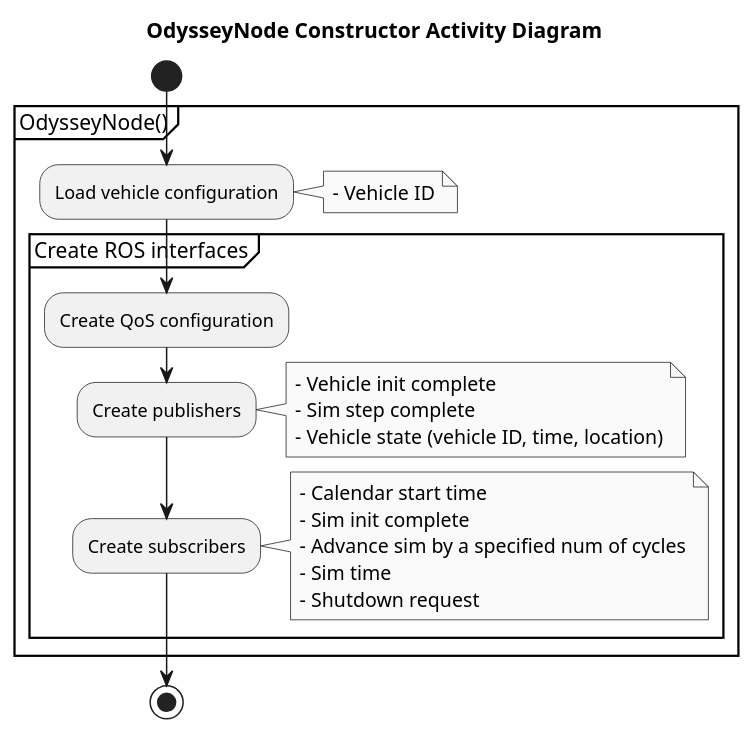
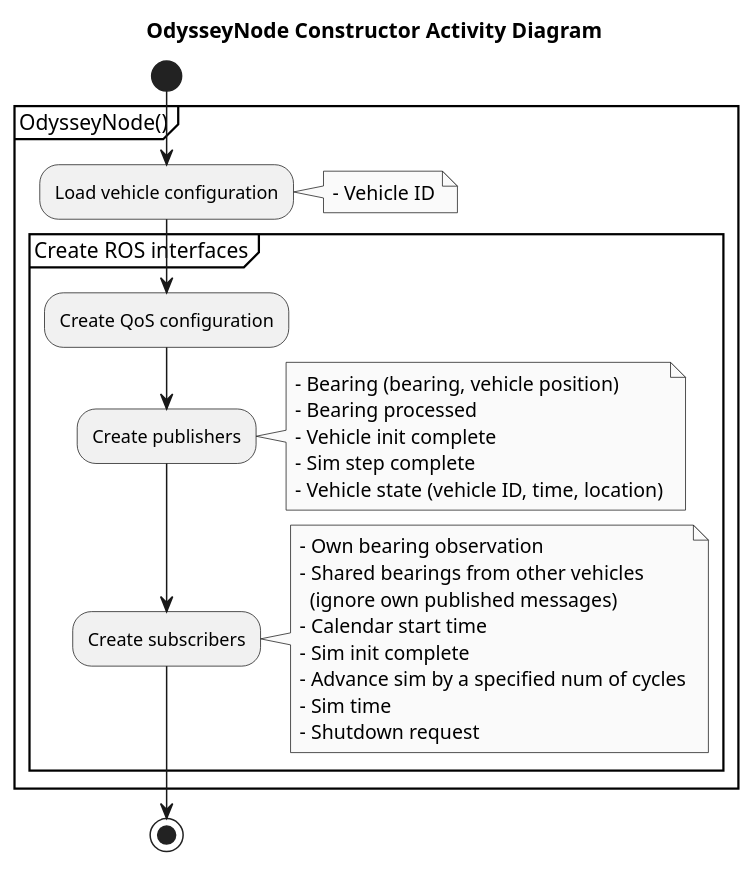
One commit to Tebcherani/MANTA changed the diagram in components/manta_odyssey/docs/odyssey_init.puml. Above: the diagram before and after it, drawn with PlantUML. The commit also changed 6 other files, not shown here.

```diff
--- a/components/manta_odyssey/docs/odyssey_init.puml
+++ b/components/manta_odyssey/docs/odyssey_init.puml
@@ -1,39 +1,44 @@
 @startuml
 title OdysseyNode Constructor Activity Diagram
 
 skinparam monochrome true
 skinparam shadowing false
 skinparam svgLinkTarget _self
 
 start
 
 partition "OdysseyNode()" {
     :Load vehicle configuration;
     note right
         - Vehicle ID
     end note
 
     partition "Create ROS interfaces" {
         :Create QoS configuration;
 
         :Create publishers;
         note right
+            - Bearing (bearing, vehicle position)
+            - Bearing processed
             - Vehicle init complete
             - Sim step complete
             - Vehicle state (vehicle ID, time, location)
         end note
 
         :Create subscribers;
         note right
+            - Own bearing observation
+            - Shared bearings from other vehicles
+              (ignore own published messages)
             - Calendar start time
             - Sim init complete
             - Advance sim by a specified num of cycles
             - Sim time
             - Shutdown request
         end note
     }
 }
 
 stop
 
 @enduml
```
